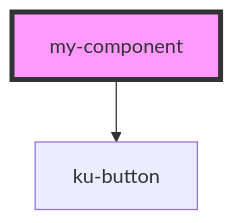
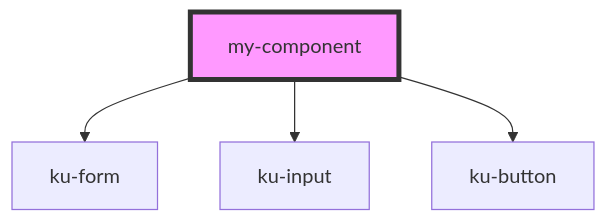
The diagram in src/components/my-component/readme.md (theAV/kuku-ui), drawn with Mermaid before and after one commit. The commit also changed other lines of this file and 1356 other files, not shown here.

````diff
--- a/src/components/my-component/readme.md
+++ b/src/components/my-component/readme.md
@@ -24,5 +26,7 @@
 ```mermaid
 graph TD;
+  my-component --> ku-form
+  my-component --> ku-input
   my-component --> ku-button
   style my-component fill:#f9f,stroke:#333,stroke-width:4px
 ```
````
